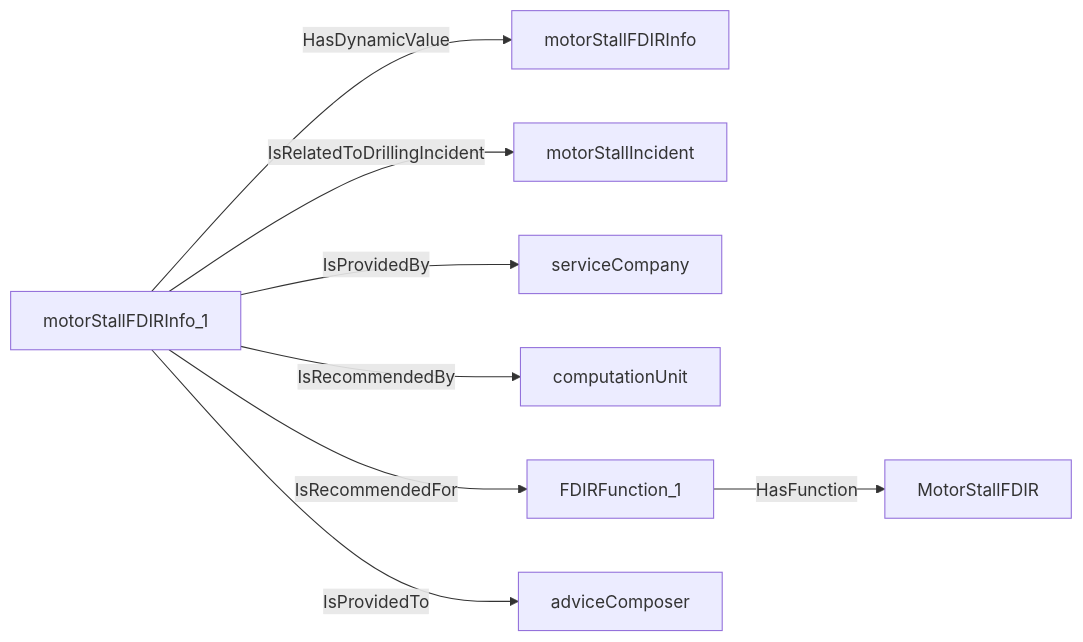
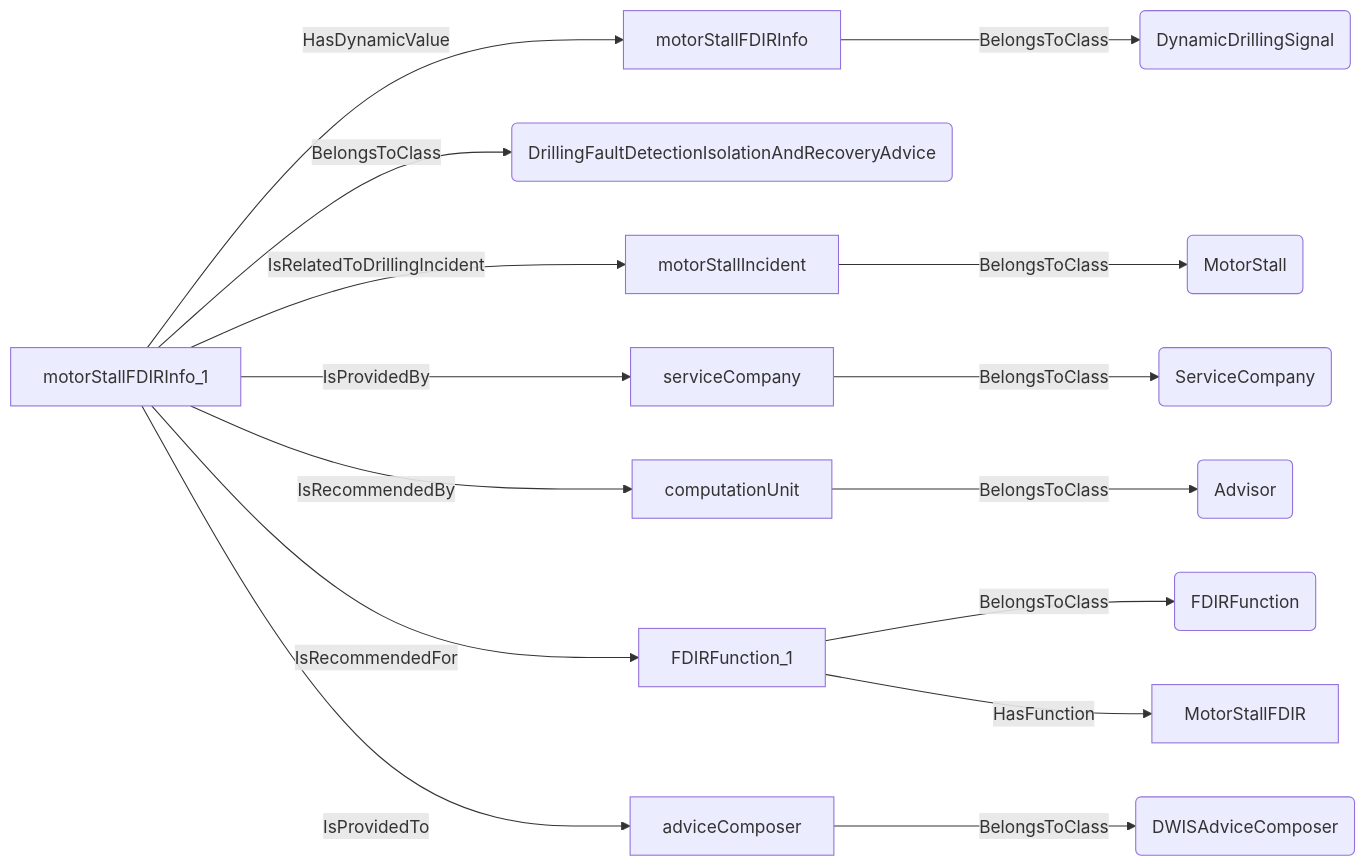
The tenth of 11 diagrams in docs/vocabulary_development/auto-generated/md/definition-files/DrillingLimit.md (D-WIS/DDHub-Semantic-Interoperability), drawn with Mermaid before and after one commit. The commit also changed other lines of this file and 14 other files, not shown here.

````diff
--- a/docs/vocabulary_development/auto-generated/md/definition-files/DrillingLimit.md
+++ b/docs/vocabulary_development/auto-generated/md/definition-files/DrillingLimit.md
@@ -422,10 +620,17 @@
 ```mermaid
 graph LR
-	N0000[motorStallFDIRInfo_1] -->|HasDynamicValue| N0001[motorStallFDIRInfo] 
-	N0000[motorStallFDIRInfo_1] -->|IsRelatedToDrillingIncident| N0002[motorStallIncident] 
-	N0000[motorStallFDIRInfo_1] -->|IsProvidedBy| N0003[serviceCompany] 
-	N0000[motorStallFDIRInfo_1] -->|IsRecommendedBy| N0004[computationUnit] 
-	N0005[FDIRFunction_1] -->|HasFunction| N0006["MotorStallFDIR"] 
-	N0000[motorStallFDIRInfo_1] -->|IsRecommendedFor| N0005[FDIRFunction_1] 
-	N0000[motorStallFDIRInfo_1] -->|IsProvidedTo| N0007[adviceComposer] 
+	N0000[motorStallFDIRInfo] -->|BelongsToClass| N0001(DynamicDrillingSignal) 
+	N0002[motorStallFDIRInfo_1] -->|BelongsToClass| N0003(DrillingFaultDetectionIsolationAndRecoveryAdvice) 
+	N0002[motorStallFDIRInfo_1] -->|HasDynamicValue| N0000[motorStallFDIRInfo] 
+	N0004[motorStallIncident] -->|BelongsToClass| N0005(MotorStall) 
+	N0002[motorStallFDIRInfo_1] -->|IsRelatedToDrillingIncident| N0004[motorStallIncident] 
+	N0006[serviceCompany] -->|BelongsToClass| N0007(ServiceCompany) 
+	N0002[motorStallFDIRInfo_1] -->|IsProvidedBy| N0006[serviceCompany] 
+	N0008[computationUnit] -->|BelongsToClass| N0009(Advisor) 
+	N0002[motorStallFDIRInfo_1] -->|IsRecommendedBy| N0008[computationUnit] 
+	N0010[FDIRFunction_1] -->|BelongsToClass| N0011(FDIRFunction) 
+	N0010[FDIRFunction_1] -->|HasFunction| N0012["MotorStallFDIR"] 
+	N0002[motorStallFDIRInfo_1] -->|IsRecommendedFor| N0010[FDIRFunction_1] 
+	N0013[adviceComposer] -->|BelongsToClass| N0014(DWISAdviceComposer) 
+	N0002[motorStallFDIRInfo_1] -->|IsProvidedTo| N0013[adviceComposer] 
 ```
````
